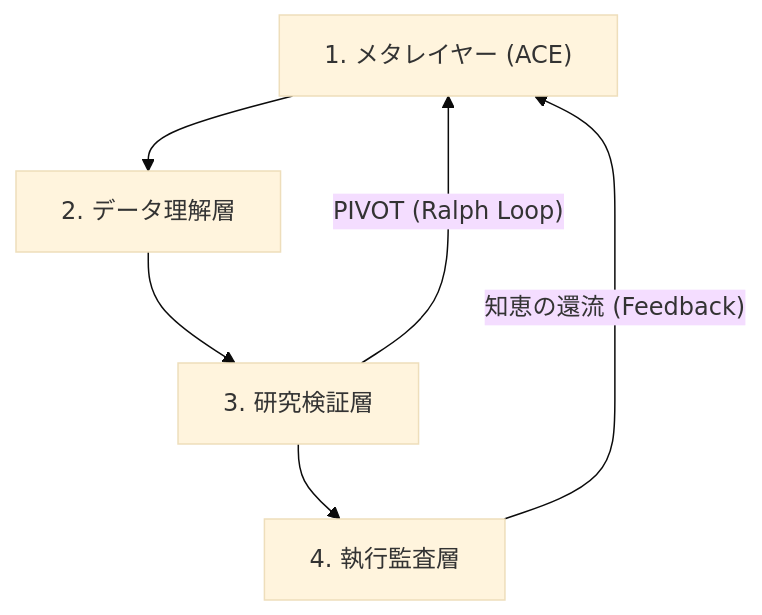
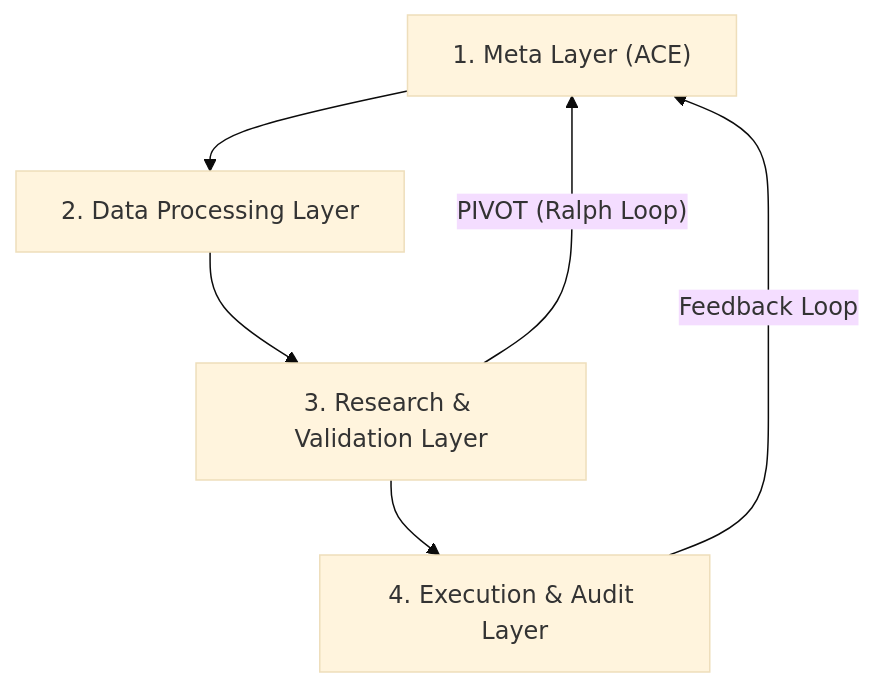
Before and after one commit to KAFKA2306/investor: the diagram in .agent/workflows/newalphasearch.md, drawn with Mermaid (base theme). The commit also changed other lines of this file and 37 other files, not shown here.

````diff
--- a/.agent/workflows/newalphasearch.md
+++ b/.agent/workflows/newalphasearch.md
@@ -17,8 +17,8 @@
 ```mermaid
 flowchart TD
-    Meta["1. メタレイヤー (ACE)"] --> Data["2. データ理解層"]
-    Data --> Research["3. 研究検証層"]
-    Research --> Trade["4. 執行監査層"]
-    Trade -- "知恵の還流 (Feedback)" --> Meta
+    Meta["1. Meta Layer (ACE)"] --> Data["2. Data Processing Layer"]
+    Data --> Research["3. Research & Validation Layer"]
+    Research --> Trade["4. Execution & Audit Layer"]
+    Trade -- "Feedback Loop" --> Meta
     Research -- "PIVOT (Ralph Loop)" --> Meta
 ```
````
